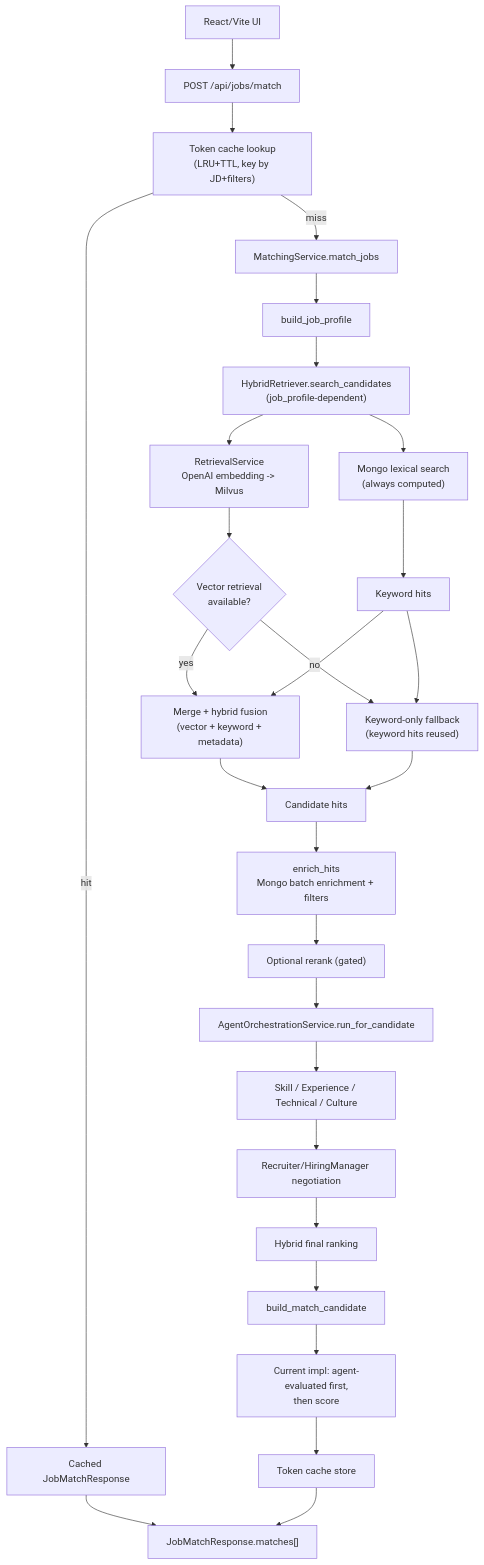
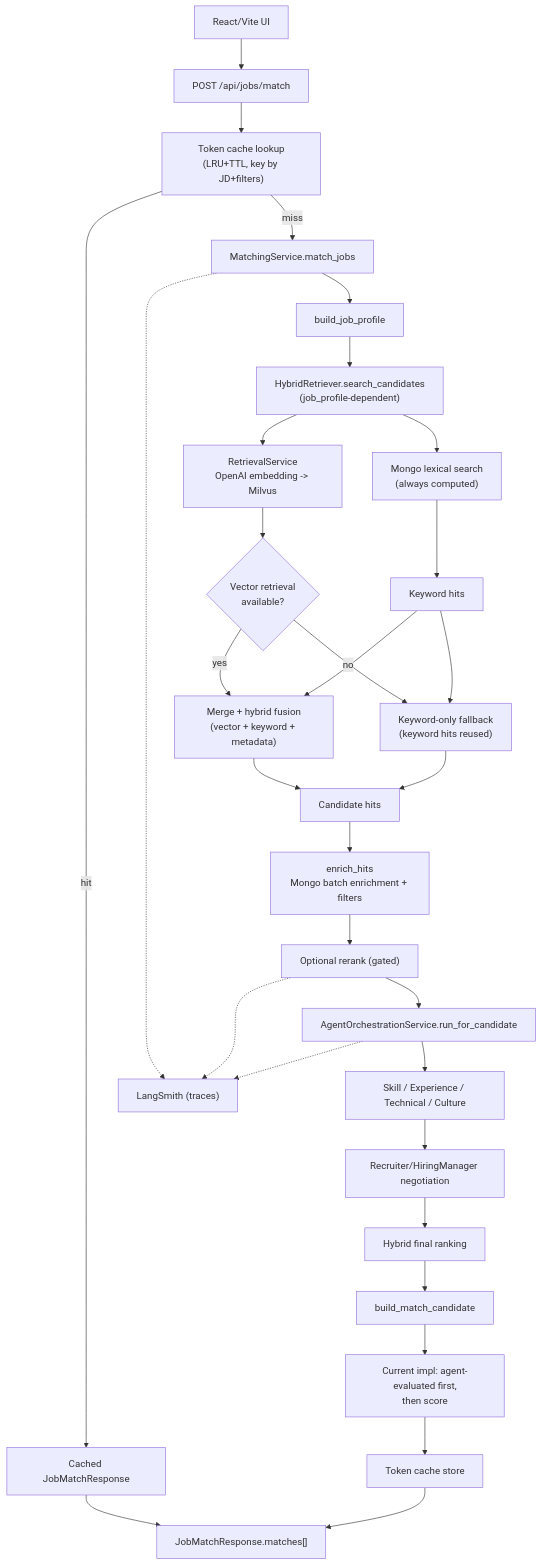
One commit to rhsoddld/resume-matching-pj changed the diagram in docs/data-flow/candidate_retrieval_flow.md. Above: the diagram before and after it, drawn with Mermaid. The commit also changed other lines of this file and 39 other files, not shown here.

````diff
--- a/docs/data-flow/candidate_retrieval_flow.md
+++ b/docs/data-flow/candidate_retrieval_flow.md
@@ -20,32 +20,36 @@
 ```mermaid
 flowchart TD
   ui["React/Vite UI"] --> api["POST /api/jobs/match"]
   api --> cacheLookup["Token cache lookup\n(LRU+TTL, key by JD+filters)"]
   cacheLookup -- "hit" --> cacheHit["Cached JobMatchResponse"]
   cacheHit --> response["JobMatchResponse.matches[]"]
   cacheLookup -- "miss" --> match["MatchingService.match_jobs"]
   match --> profile["build_job_profile"]
   profile --> retriever["HybridRetriever.search_candidates\n(job_profile-dependent)"]
 
   retriever --> keyword["Mongo lexical search\n(always computed)"]
   retriever --> vector["RetrievalService\nOpenAI embedding -> Milvus"]
   vector --> vectorOk{"Vector retrieval\navailable?"}
   keyword --> keywordHits["Keyword hits"]
   vectorOk -- "yes" --> fusion["Merge + hybrid fusion\n(vector + keyword + metadata)"]
   vectorOk -- "no" --> fallback["Keyword-only fallback\n(keyword hits reused)"]
   keywordHits --> fusion
   keywordHits --> fallback
   fusion --> hits["Candidate hits"]
   fallback --> hits
 
   hits --> enrich["enrich_hits\nMongo batch enrichment + filters"]
   enrich --> rerank["Optional rerank (gated)"]
   rerank --> agent["AgentOrchestrationService.run_for_candidate"]
   agent --> bundle["Skill / Experience / Technical / Culture"]
   bundle --> weight["Recruiter/HiringManager negotiation"]
   weight --> rank["Hybrid final ranking"]
   rank --> build["build_match_candidate"]
   build --> sort["Current impl: agent-evaluated first,\nthen score"]
   sort --> cacheStore["Token cache store"]
   cacheStore --> response
+
+  match -.-> lang["LangSmith (traces)"]
+  rerank -.-> lang
+  agent -.-> lang
 ```
````
